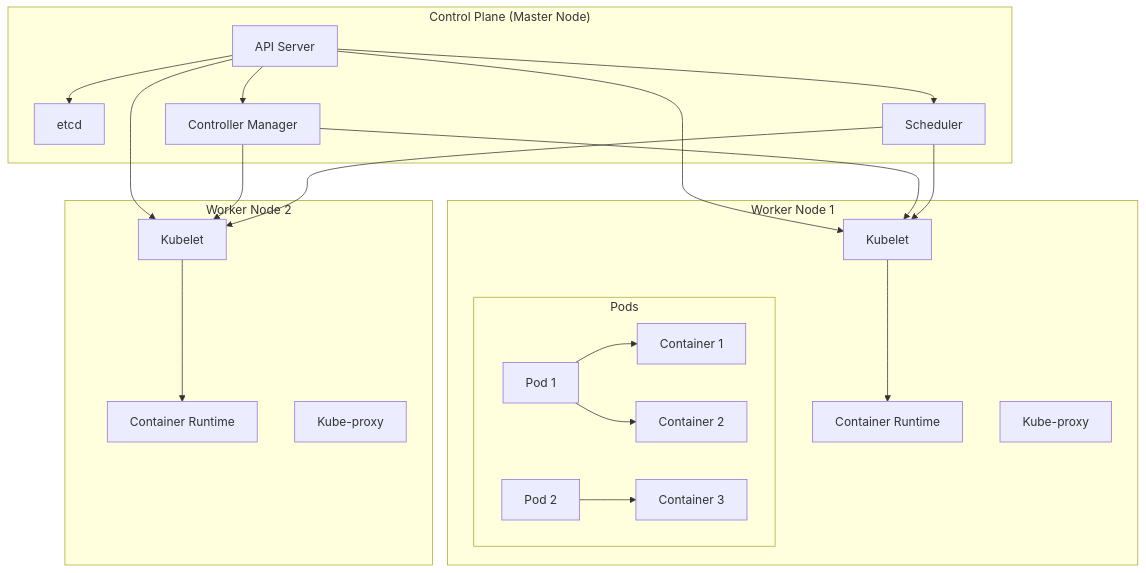
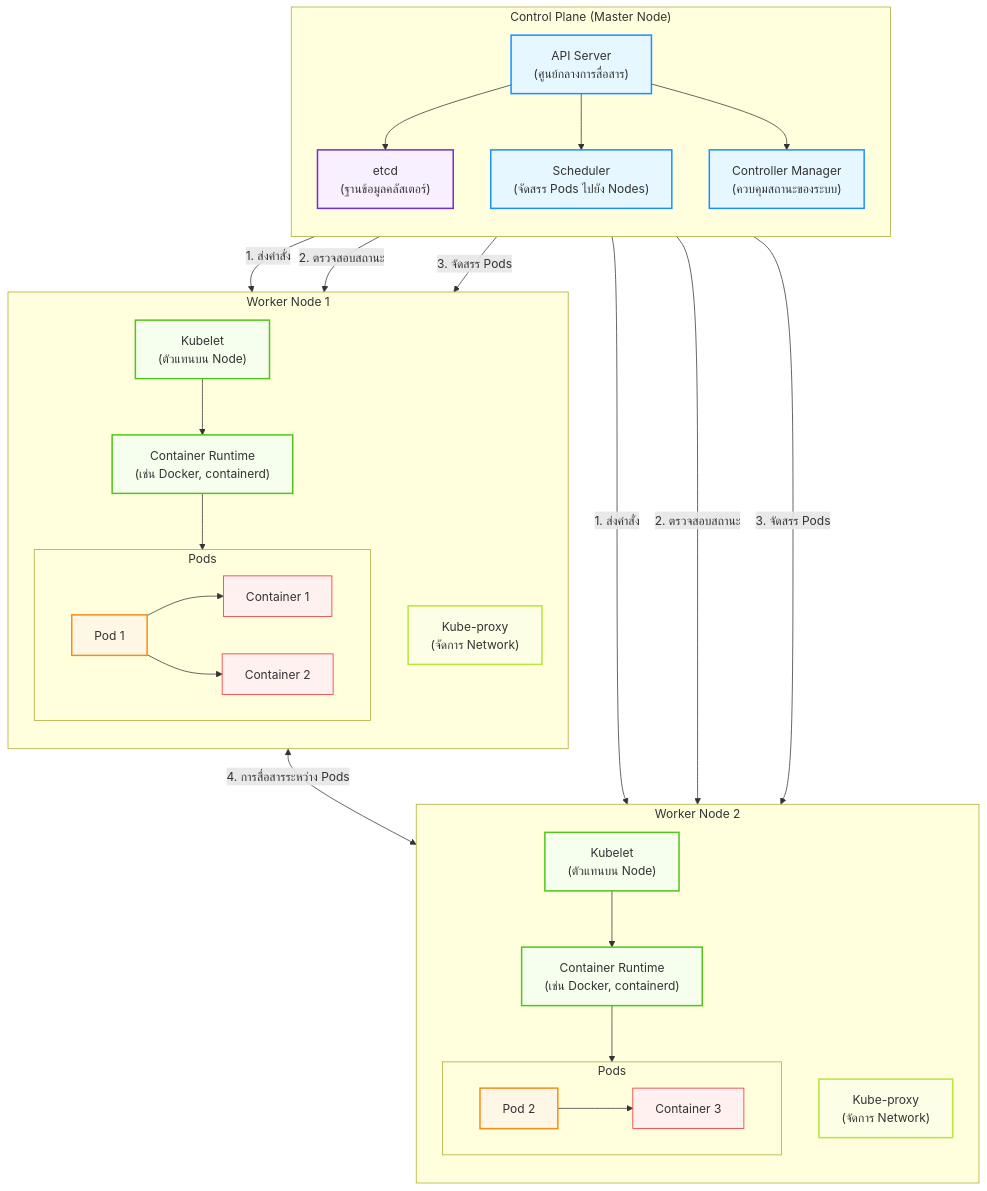
The third of 6 diagrams in docs/08-Tutorial_Container_Orchestration.md (racksync/workshop-devops), drawn with Mermaid before and after one commit. The commit also changed other lines of this file, not shown here.

Commit message:
feat: update Container Orchestration tutorial with improved diagrams and content clarity

````diff
--- a/docs/08-Tutorial_Container_Orchestration.md
+++ b/docs/08-Tutorial_Container_Orchestration.md
@@ -295,32 +292,66 @@
 ```mermaid
 flowchart TB
-    subgraph "Control Plane (Master Node)"
-        API[API Server] --> ETCD[etcd]
-        API --> SCH[Scheduler]
-        API --> CM[Controller Manager]
+    %% Styling
+    classDef controlplane fill:#e6f7ff,stroke:#1890ff,stroke-width:2px
+    classDef etcd fill:#f9f0ff,stroke:#722ed1,stroke-width:2px
+    classDef node fill:#f6ffed,stroke:#52c41a,stroke-width:2px
+    classDef pod fill:#fff7e6,stroke:#fa8c16,stroke-width:2px
+    classDef container fill:#fff1f0,stroke:#f5222d,stroke-width:1px
+    classDef network fill:#fcffe6,stroke:#bae637,stroke-width:2px
+    
+    %% Control Plane Components
+    subgraph CP ["Control Plane (Master Node)"]
+        direction TB
+        API["API Server<br>(ศูนย์กลางการสื่อสาร)"]:::controlplane
+        ETCD["etcd<br>(ฐานข้อมูลคลัสเตอร์)"]:::etcd
+        SCH["Scheduler<br>(จัดสรร Pods ไปยัง Nodes)"]:::controlplane
+        CM["Controller Manager<br>(ควบคุมสถานะของระบบ)"]:::controlplane
+        
+        API --> ETCD
+        API --> SCH
+        API --> CM
     end
     
-    subgraph "Worker Node 1"
-        KL1[Kubelet] --> CR1[Container Runtime]
-        KP1[Kube-proxy]
-        subgraph "Pods"
-            P1[Pod 1] --> C1[Container 1]
-            P1 --> C2[Container 2]
+    %% Worker Node 1
+    subgraph WN1 ["Worker Node 1"]
+        direction TB
+        KL1["Kubelet<br>(ตัวแทนบน Node)"]:::node
+        CR1["Container Runtime<br>(เช่น Docker, containerd)"]:::node
+        KP1["Kube-proxy<br>(จัดการ Network)"]:::network
+        
+        subgraph PODS1 ["Pods"]
+            direction LR
+            P1["Pod 1"]:::pod --> C1["Container 1"]:::container
+            P1 --> C2["Container 2"]:::container
         end
+        
+        KL1 --> CR1
+        CR1 --> PODS1
     end
     
-    subgraph "Worker Node 2"
-        KL2[Kubelet] --> CR2[Container Runtime]
-        KP2[Kube-proxy]
-        subgraph "Pods"
-            P2[Pod 2] --> C3[Container 3]
+    %% Worker Node 2
+    subgraph WN2 ["Worker Node 2"]
+        direction TB
+        KL2["Kubelet<br>(ตัวแทนบน Node)"]:::node
+        CR2["Container Runtime<br>(เช่น Docker, containerd)"]:::node
+        KP2["Kube-proxy<br>(จัดการ Network)"]:::network
+        
+        subgraph PODS2 ["Pods"]
+            P2["Pod 2"]:::pod --> C3["Container 3"]:::container
         end
+        
+        KL2 --> CR2
+        CR2 --> PODS2
     end
     
-    API --> KL1
-    API --> KL2
-    CM --> KL1
-    CM --> KL2
-    SCH --> KL1
-    SCH --> KL2
+    %% Connections between components
+    API --"1. ส่งคำสั่ง"--> KL1
+    API --"1. ส่งคำสั่ง"--> KL2
+    CM --"2. ตรวจสอบสถานะ"--> KL1
+    CM --"2. ตรวจสอบสถานะ"--> KL2
+    SCH --"3. จัดสรร Pods"--> KL1
+    SCH --"3. จัดสรร Pods"--> KL2
+    
+    %% Network connections
+    KP1 <--"4. การสื่อสารระหว่าง Pods"--> KP2
 ```
````
